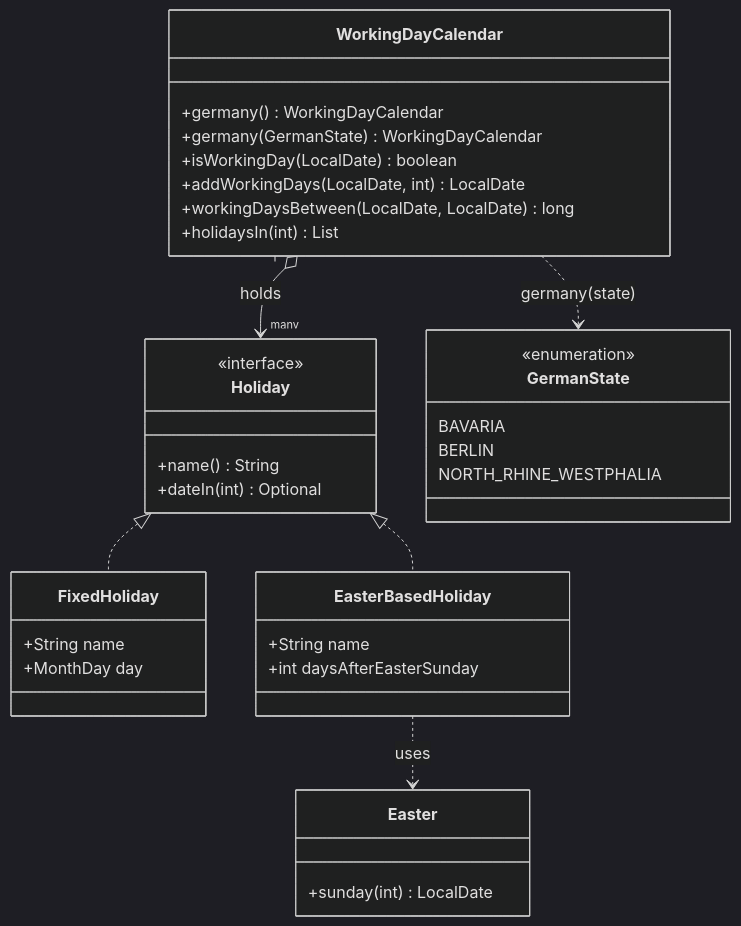
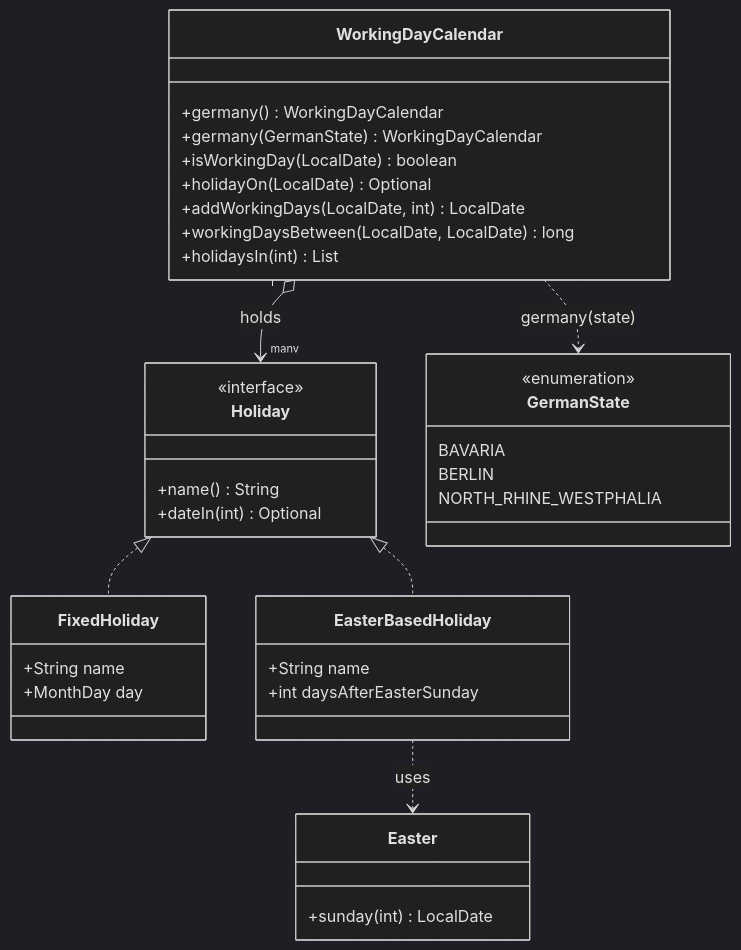
Before and after one commit to Chris013/java-practice: the first of 3 diagrams in tasks/19-tdd-working-days.md, drawn with Mermaid (dark theme). The commit also changed other lines of this file and 2 other files, not shown here.

````diff
--- a/tasks/19-tdd-working-days.md
+++ b/tasks/19-tdd-working-days.md
@@ -31,38 +31,39 @@
 ```mermaid
 classDiagram
     class WorkingDayCalendar {
         +germany() WorkingDayCalendar
         +germany(GermanState) WorkingDayCalendar
         +isWorkingDay(LocalDate) boolean
+        +holidayOn(LocalDate) Optional
         +addWorkingDays(LocalDate, int) LocalDate
         +workingDaysBetween(LocalDate, LocalDate) long
         +holidaysIn(int) List
     }
     class Holiday {
         <<interface>>
         +name() String
         +dateIn(int) Optional
     }
     class FixedHoliday {
         +String name
         +MonthDay day
     }
     class EasterBasedHoliday {
         +String name
         +int daysAfterEasterSunday
     }
     class Easter {
         +sunday(int) LocalDate
     }
     class GermanState {
         <<enumeration>>
         BAVARIA
         BERLIN
         NORTH_RHINE_WESTPHALIA
     }
     WorkingDayCalendar "1" o--> "many" Holiday : holds
     Holiday <|.. FixedHoliday
     Holiday <|.. EasterBasedHoliday
     EasterBasedHoliday ..> Easter : uses
     WorkingDayCalendar ..> GermanState : germany(state)
 ```
````
